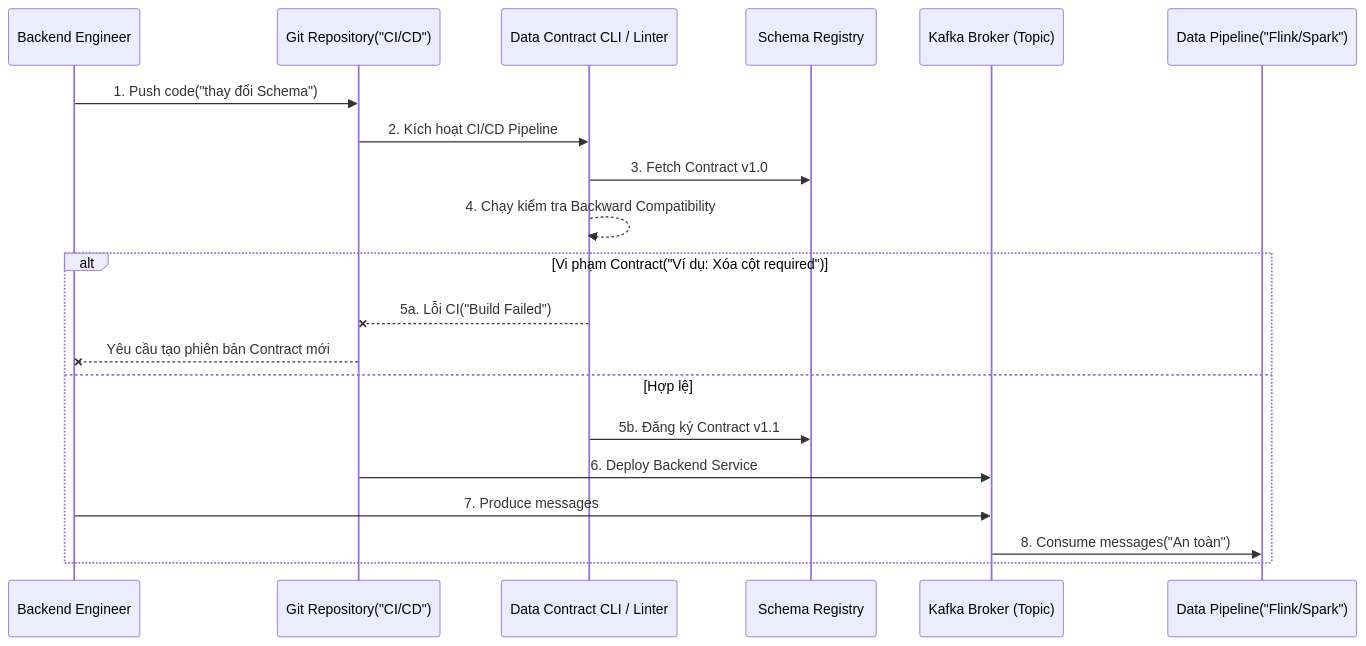
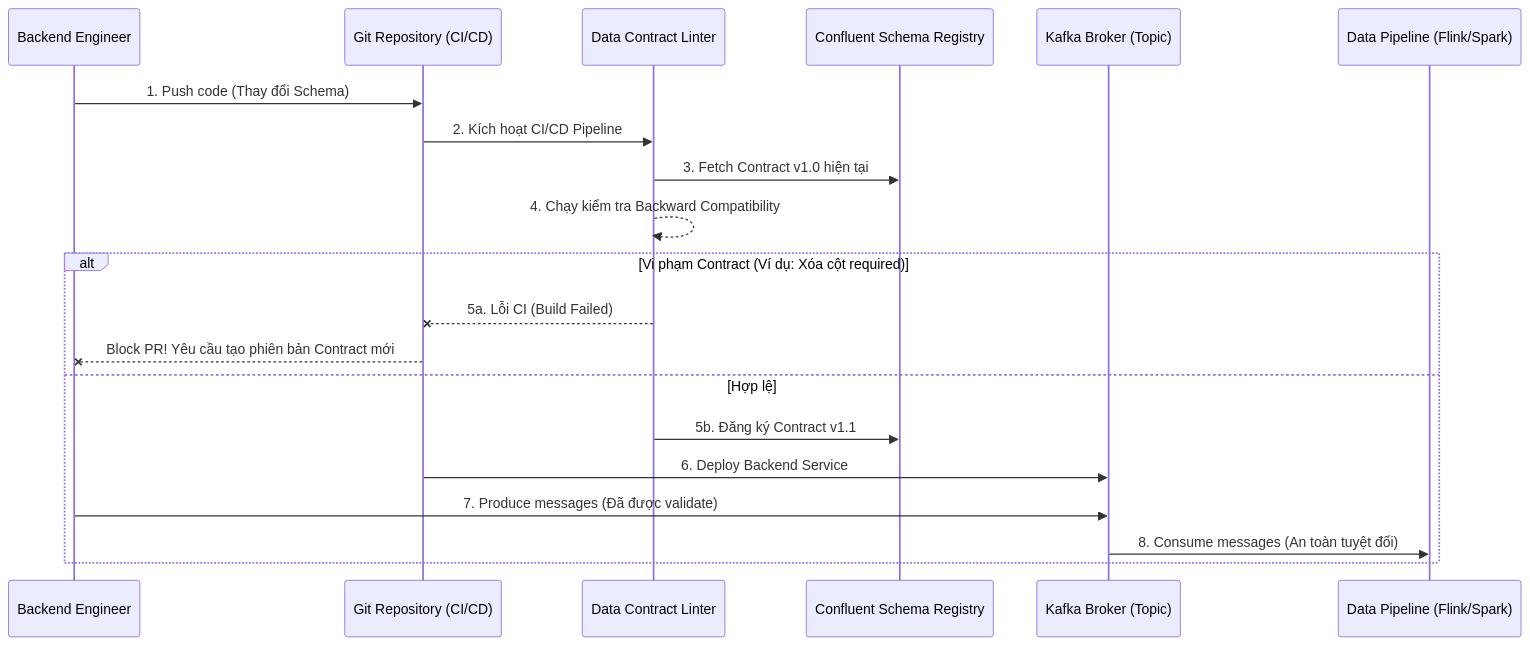
The diagram in src/content/docs/concepts/6-data-modeling-transformation/data-contract.md (kythuatdulieu/kythuatdulieu.github.io), drawn with Mermaid before and after one commit. The commit also changed other lines of this file and 228 other files, not shown here.

Commit message:
Fix syntax and rewrite 200+ concepts docs to deep-dive system architecture and add GA4 tracking to quiz app

````diff
--- a/src/content/docs/concepts/6-data-modeling-transformation/data-contract.md
+++ b/src/content/docs/concepts/6-data-modeling-transformation/data-contract.md
@@ -22,24 +26,24 @@
 ```mermaid
 sequenceDiagram
     participant BE as Backend Engineer
-    participant Git as Git Repository("CI/CD")
-    participant CLI as Data Contract CLI / Linter
-    participant Reg as Schema Registry
+    participant Git as Git Repository (CI/CD)
+    participant CLI as Data Contract Linter
+    participant Reg as Confluent Schema Registry
     participant Kafka as Kafka Broker (Topic)
-    participant DE as Data Pipeline("Flink/Spark")
+    participant DE as Data Pipeline (Flink/Spark)
 
-    BE->>Git: 1. Push code("thay đổi Schema")
+    BE->>Git: 1. Push code (Thay đổi Schema)
     Git->>CLI: 2. Kích hoạt CI/CD Pipeline
-    CLI->>Reg: 3. Fetch Contract v1.0
+    CLI->>Reg: 3. Fetch Contract v1.0 hiện tại
     CLI-->>CLI: 4. Chạy kiểm tra Backward Compatibility
     
-    alt Vi phạm Contract("Ví dụ: Xóa cột required")
-        CLI--xGit: 5a. Lỗi CI("Build Failed")
-        Git--xBE: Yêu cầu tạo phiên bản Contract mới
+    alt Vi phạm Contract (Ví dụ: Xóa cột required)
+        CLI--xGit: 5a. Lỗi CI (Build Failed)
+        Git--xBE: Block PR! Yêu cầu tạo phiên bản Contract mới
     else Hợp lệ
         CLI->>Reg: 5b. Đăng ký Contract v1.1
         Git->>Kafka: 6. Deploy Backend Service
-        BE->>Kafka: 7. Produce messages
-        Kafka->>DE: 8. Consume messages("An toàn")
+        BE->>Kafka: 7. Produce messages (Đã được validate)
+        Kafka->>DE: 8. Consume messages (An toàn tuyệt đối)
     end
 ```
````
